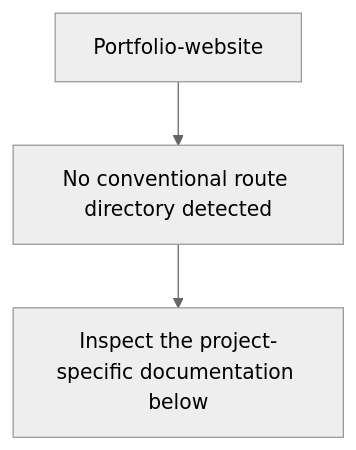
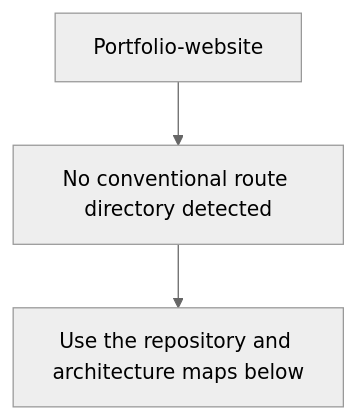
One commit to Nischhalsubba/Portfolio-website changed the second of 5 diagrams in README.md. Above: the diagram before and after it, drawn with Mermaid (neutral theme). The commit also changed other lines of this file, not shown here.

````diff
--- a/README.md
+++ b/README.md
@@ -41,6 +70,6 @@
 ```mermaid
 flowchart TD
     APP["Portfolio-website"]
     APP --> SOURCE["No conventional route directory detected"]
-    SOURCE --> VERIFY["Inspect the project-specific documentation below"]
+    SOURCE --> GUIDE["Use the repository and architecture maps below"]
 ```
````
